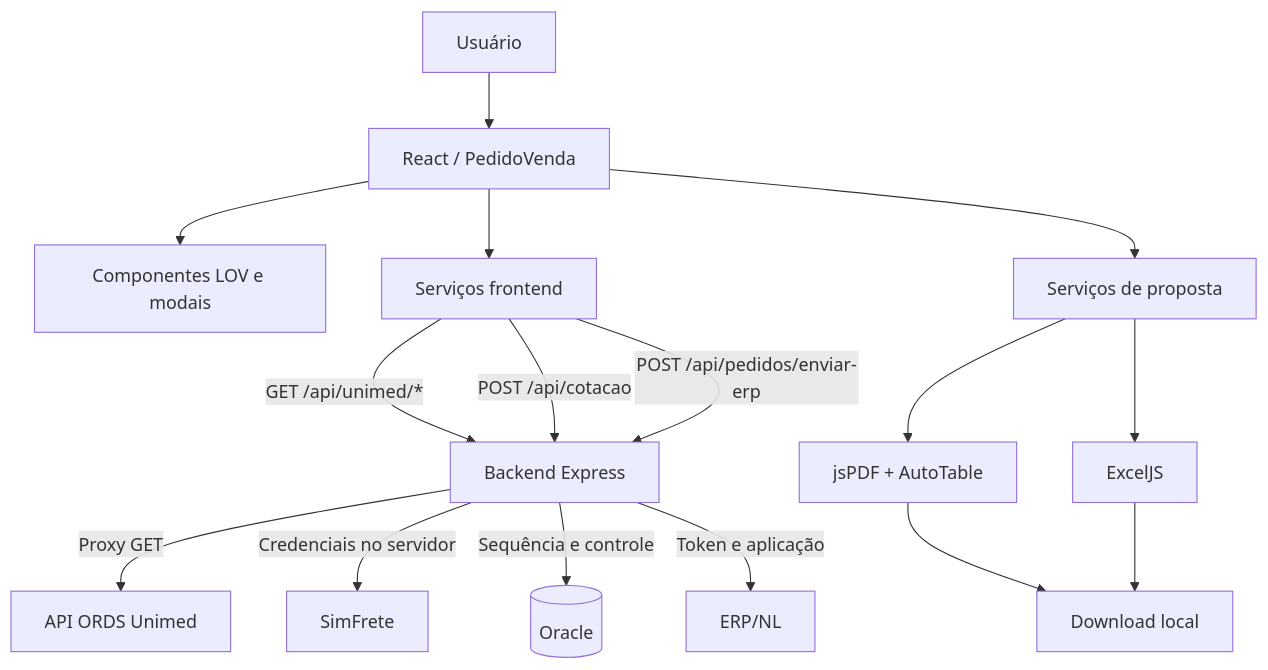
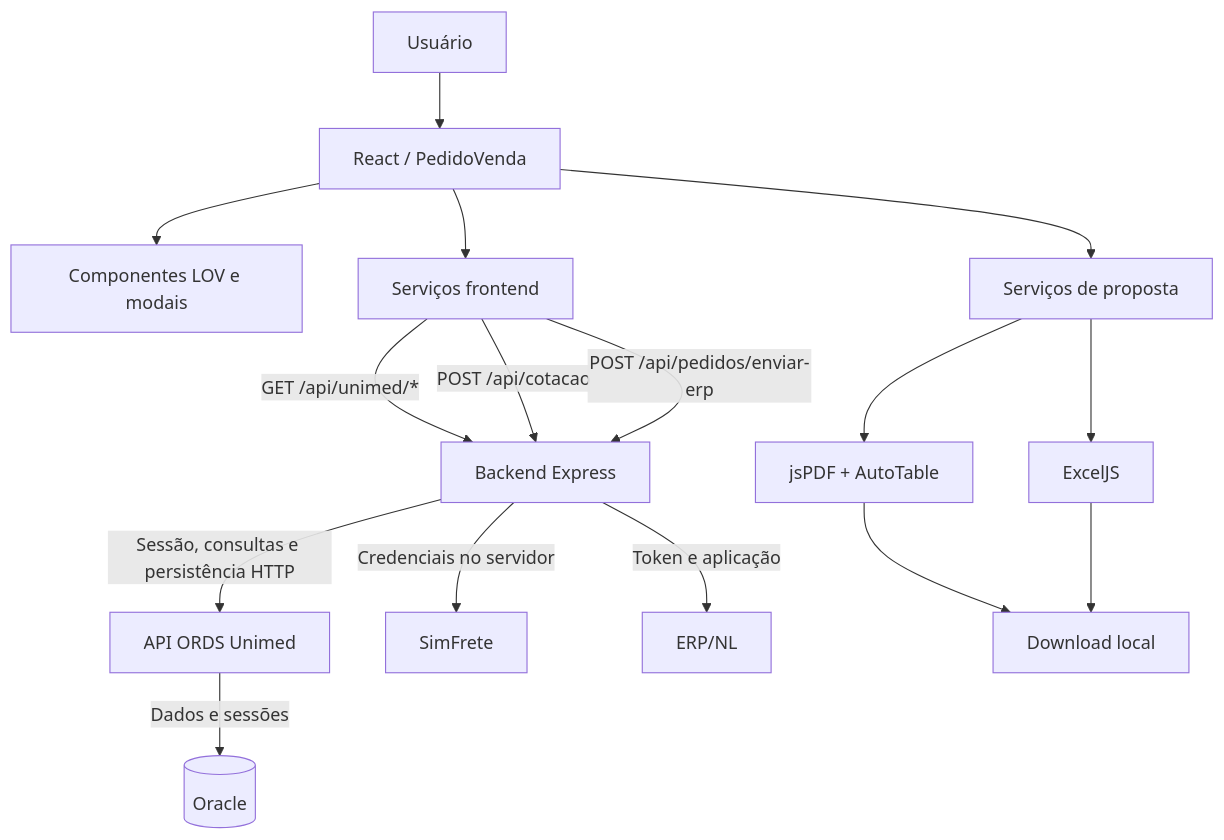
Before and after one commit to Thailondorneles/QuotationScreen-web-react: the first of 2 diagrams in docs/01-visao-geral-arquitetura.md, drawn with Mermaid. The commit also changed other lines of this file and 54 other files, not shown here.

````diff
--- a/docs/01-visao-geral-arquitetura.md
+++ b/docs/01-visao-geral-arquitetura.md
@@ -64,18 +63,18 @@
 ```mermaid
 flowchart TB
     U[Usuário] --> R[React / PedidoVenda]
     R --> C[Componentes LOV e modais]
     R --> S[Serviços frontend]
     S -->|GET /api/unimed/*| B[Backend Express]
     S -->|POST /api/cotacao| B
     S -->|POST /api/pedidos/enviar-erp| B
-    B -->|Proxy GET| O[API ORDS Unimed]
+    B -->|Sessão, consultas e persistência HTTP| O[API ORDS Unimed]
     B -->|Credenciais no servidor| F[SimFrete]
-    B -->|Sequência e controle| DB[(Oracle)]
+    O -->|Dados e sessões| DB[(Oracle)]
     B -->|Token e aplicação| E[ERP/NL]
     R --> P[Serviços de proposta]
     P --> PDF[jsPDF + AutoTable]
     P --> XLS[ExcelJS]
     PDF --> D[Download local]
     XLS --> D
 ```
````
